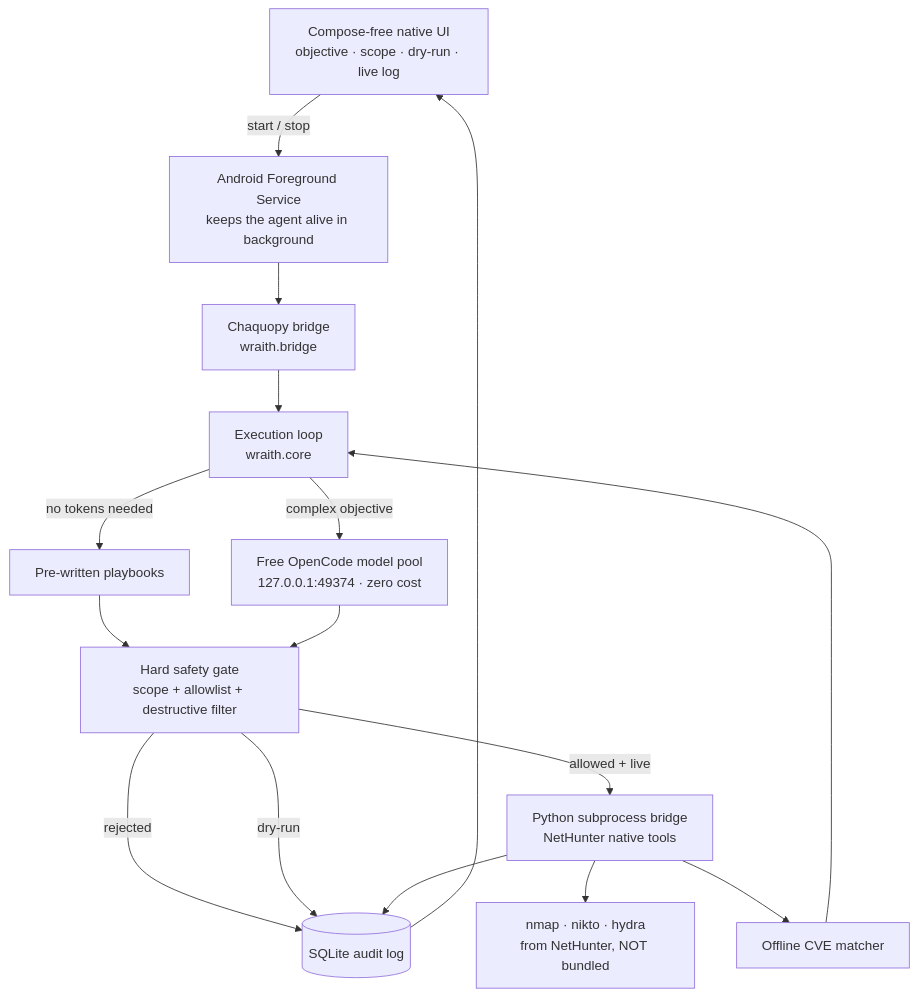
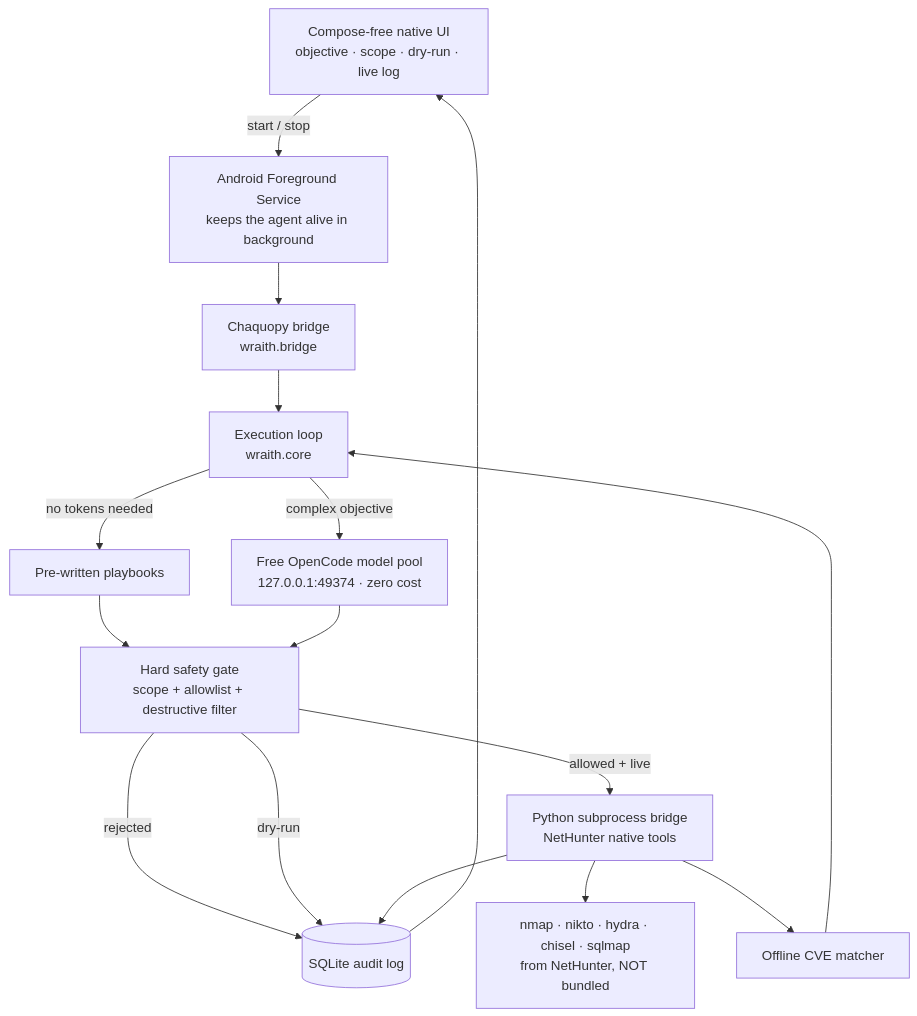
Before and after one commit to elb1982az-del/wrait-agent: the diagram in README.md, drawn with Mermaid. The commit also changed other lines of this file and 4 other files, not shown here.

Commit message:
Add chisel and sqlmap to allowlist with scope-safe validation

````diff
--- a/README.md
+++ b/README.md
@@ -13,29 +13,29 @@
 ```mermaid
 flowchart TD
     UI[Compose-free native UI<br/>objective · scope · dry-run · live log]
     SVC[Android Foreground Service<br/>keeps the agent alive in background]
     BRIDGE[Chaquopy bridge<br/>wraith.bridge]
     CORE[Execution loop<br/>wraith.core]
     LLM[Free OpenCode model pool<br/>127.0.0.1:49374 · zero cost]
     PLAY[Pre-written playbooks]
     VAL[Hard safety gate<br/>scope + allowlist + destructive filter]
     EXEC[Python subprocess bridge<br/>NetHunter native tools]
     CVE[Offline CVE matcher]
     DB[(SQLite audit log)]
-    TOOLS[nmap · nikto · hydra<br/>from NetHunter, NOT bundled]
+    TOOLS[nmap · nikto · hydra · chisel · sqlmap<br/>from NetHunter, NOT bundled]
 
     UI -->|start / stop| SVC
     SVC --> BRIDGE --> CORE
     CORE -->|no tokens needed| PLAY
     CORE -->|complex objective| LLM
     PLAY --> VAL
     LLM --> VAL
     VAL -->|rejected| DB
     VAL -->|dry-run| DB
     VAL -->|allowed + live| EXEC
     EXEC --> TOOLS
     EXEC --> CVE
     EXEC --> DB
     CVE --> CORE
     DB --> UI
 ```
````
